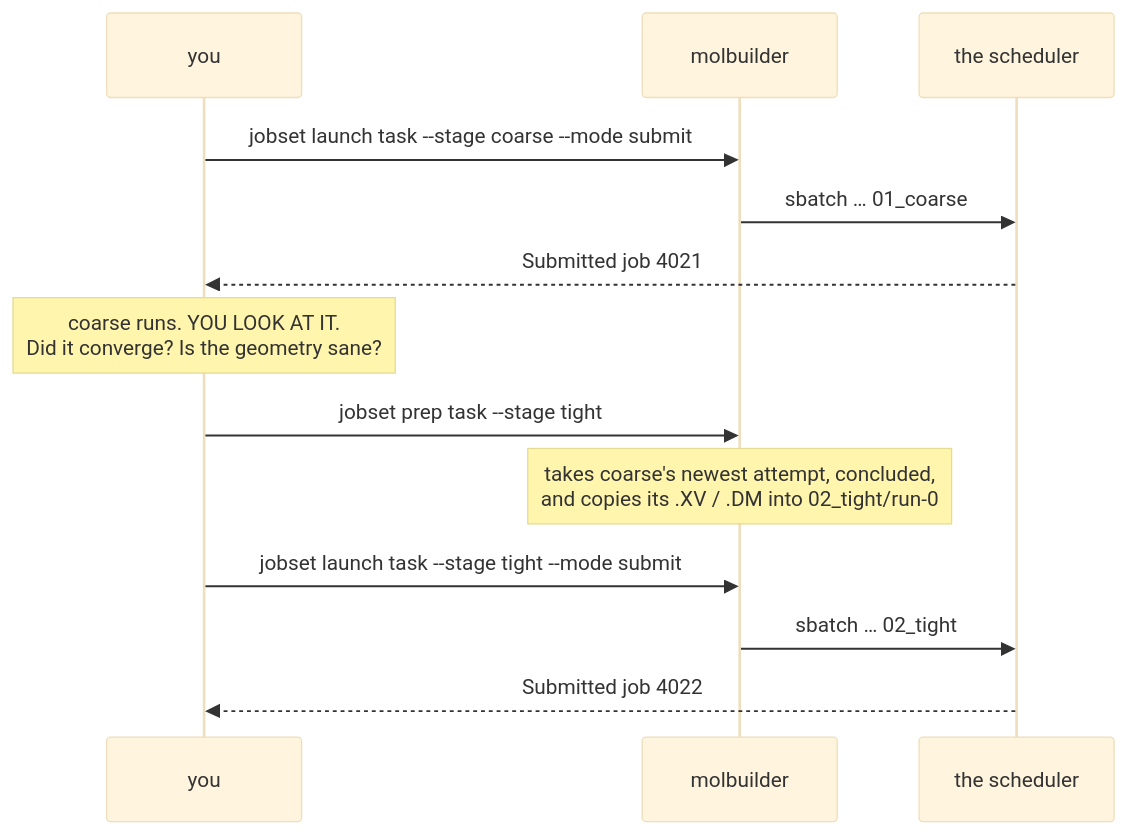
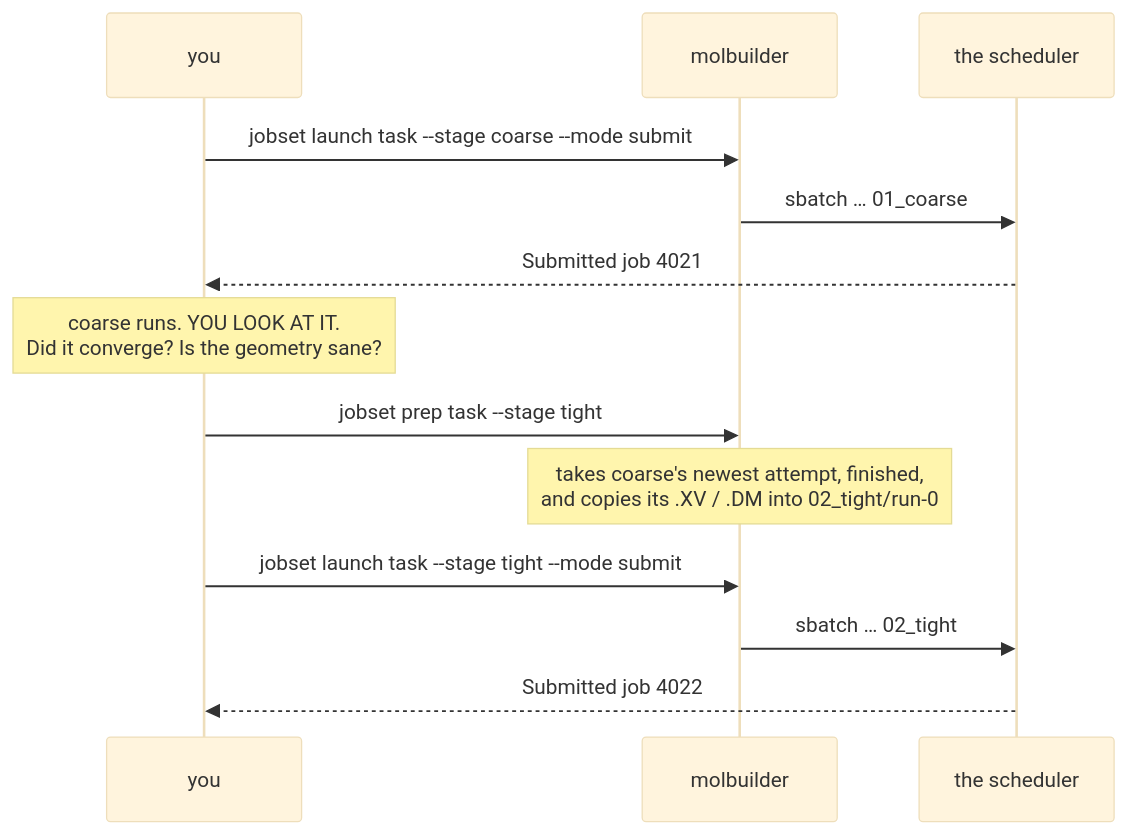
Before and after one commit to Qing-LAB/molbuilder: the eighth of 10 diagrams in docs/execution/job-system.md, drawn with Mermaid (base theme). The commit also changed other lines of this file and 12 other files, not shown here.

````diff
--- a/docs/execution/job-system.md
+++ b/docs/execution/job-system.md
@@ -1715,15 +1718,15 @@
 ```mermaid
 sequenceDiagram
     participant U as you
     participant M as molbuilder
     participant S as the scheduler
     U->>M: jobset launch task --stage coarse --mode submit
     M->>S: sbatch … 01_coarse
     S-->>U: Submitted job 4021
     Note over U: coarse runs. YOU LOOK AT IT.<br/>Did it converge? Is the geometry sane?
     U->>M: jobset prep task --stage tight
-    Note over M: takes coarse's newest attempt, concluded,<br/>and copies its .XV / .DM into 02_tight/run-0
+    Note over M: takes coarse's newest attempt, finished,<br/>and copies its .XV / .DM into 02_tight/run-0
     U->>M: jobset launch task --stage tight --mode submit
     M->>S: sbatch … 02_tight
     S-->>U: Submitted job 4022
 ```
````
